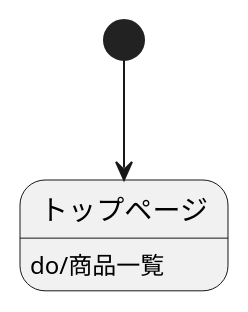
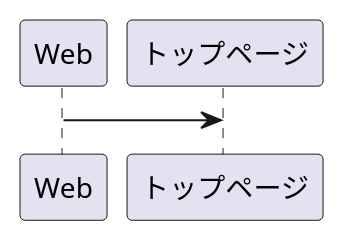
The diagram in orizinaru.md (Aso2001388/2021sys-design), drawn with PlantUML before and after one commit.

```diff
--- a/orizinaru.md
+++ b/orizinaru.md
@@ -1,5 +1,4 @@
 @startuml
-[*]-->トップページ
-トップページ : do/商品一覧
+Web->トップページ
 
 @enduml
```
